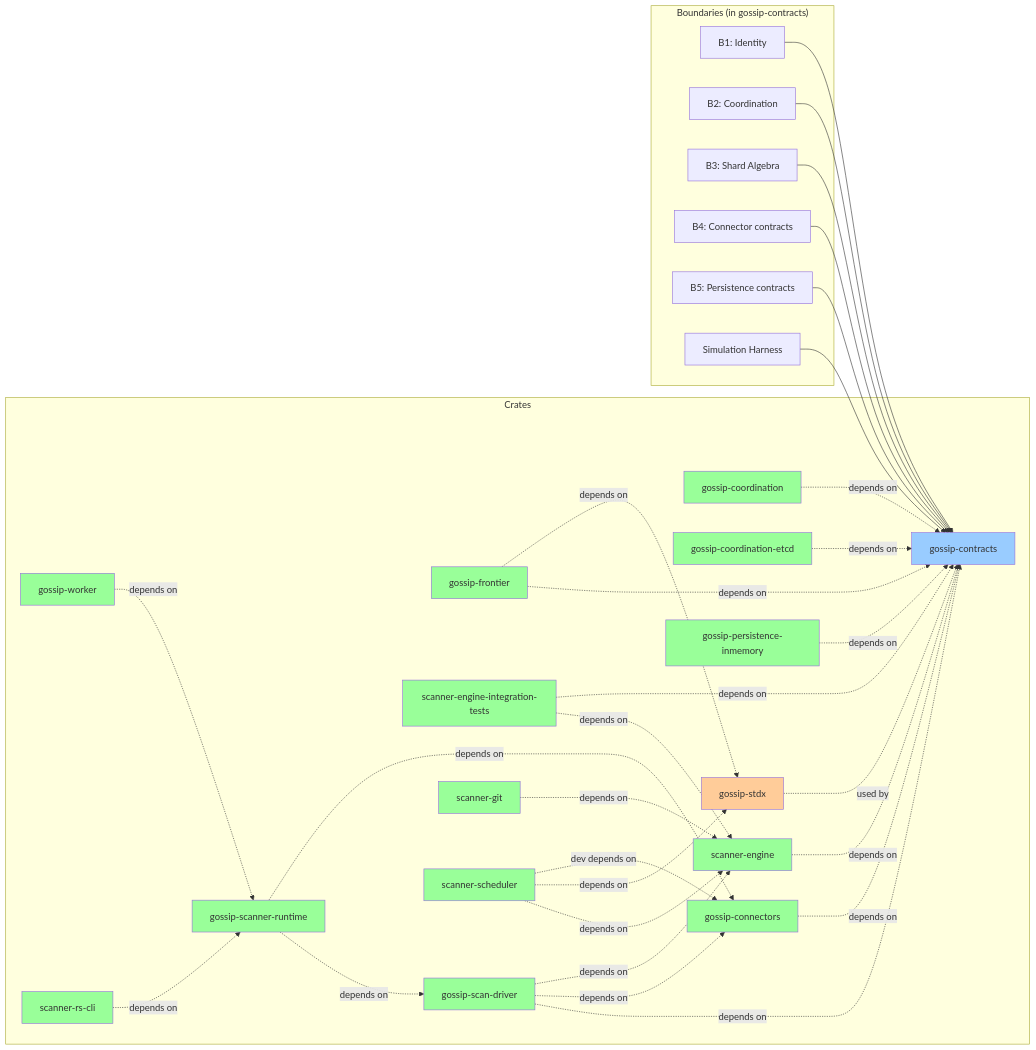
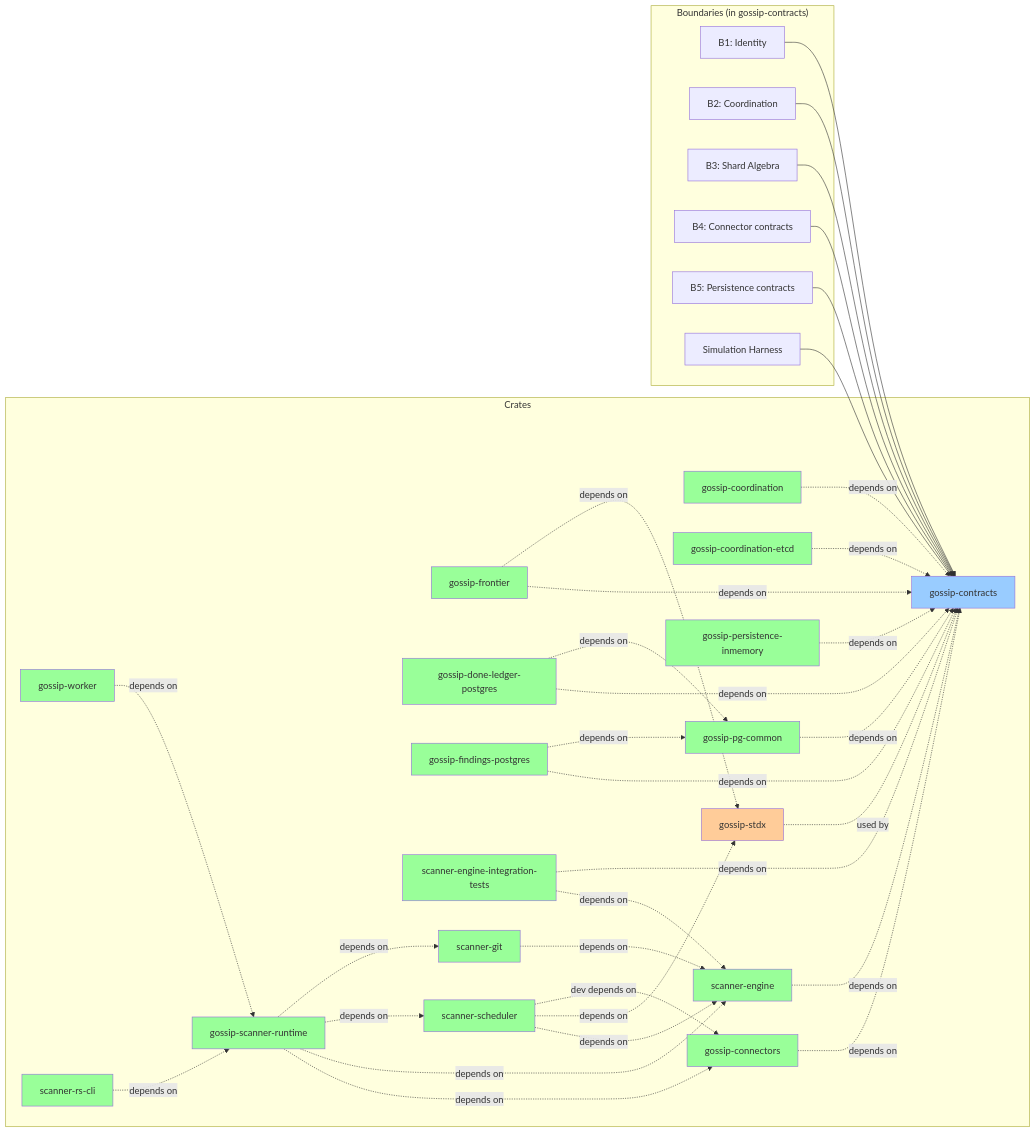
Before and after one commit to ahrav/gossip-rs-learning-guide: the fourth of 5 diagrams in 00-prologue/03-architecture-at-a-glance.md, drawn with Mermaid. The commit also changed other lines of this file and 46 other files, not shown here.

```diff
--- a/00-prologue/03-architecture-at-a-glance.md
+++ b/00-prologue/03-architecture-at-a-glance.md
@@ -272,9 +273,11 @@
         GCE[gossip-coordination-etcd]
         GCN[gossip-connectors]
         GPI[gossip-persistence-inmemory]
+        GDLP[gossip-done-ledger-postgres]
+        GFP[gossip-findings-postgres]
+        GPC[gossip-pg-common]
         SE[scanner-engine]
         SEIT[scanner-engine-integration-tests]
-        GSD[gossip-scan-driver]
         SG[scanner-git]
         SS[scanner-scheduler]
         GSR[gossip-scanner-runtime]
@@ -305,18 +308,22 @@
     GCE -.->|depends on| GC
     GCN -.->|depends on| GC
     GPI -.->|depends on| GC
+    GDLP -.->|depends on| GC
+    GDLP -.->|depends on| GPC
+    GFP -.->|depends on| GC
+    GFP -.->|depends on| GPC
+    GPC -.->|depends on| GC
     SE -.->|depends on| GC
-    GSD -.->|depends on| GC
-    GSD -.->|depends on| GCN
-    GSD -.->|depends on| SE
     SEIT -.->|depends on| SE
     SEIT -.->|depends on| GC
     SG -.->|depends on| SE
     SS -.->|depends on| SE
     SS -.->|depends on| GST
     SS -.->|dev depends on| GCN
-    GSR -.->|depends on| GSD
     GSR -.->|depends on| GCN
+    GSR -.->|depends on| SE
+    GSR -.->|depends on| SS
+    GSR -.->|depends on| SG
     GW -.->|depends on| GSR
     CLI -.->|depends on| GSR
 
@@ -329,9 +336,11 @@
     style GCE fill:#99ff99
     style GCN fill:#99ff99
     style GPI fill:#99ff99
+    style GDLP fill:#99ff99
+    style GFP fill:#99ff99
+    style GPC fill:#99ff99
     style SE fill:#99ff99
     style SEIT fill:#99ff99
-    style GSD fill:#99ff99
     style SG fill:#99ff99
     style SS fill:#99ff99
     style GSR fill:#99ff99
```
